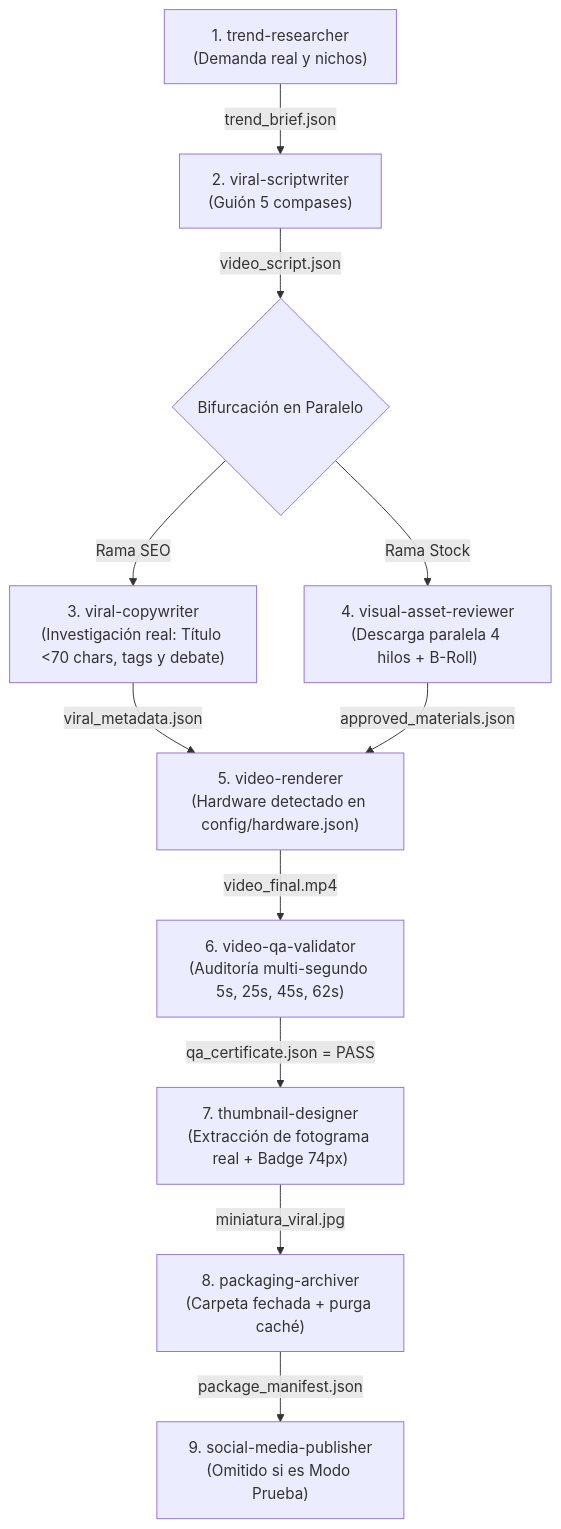
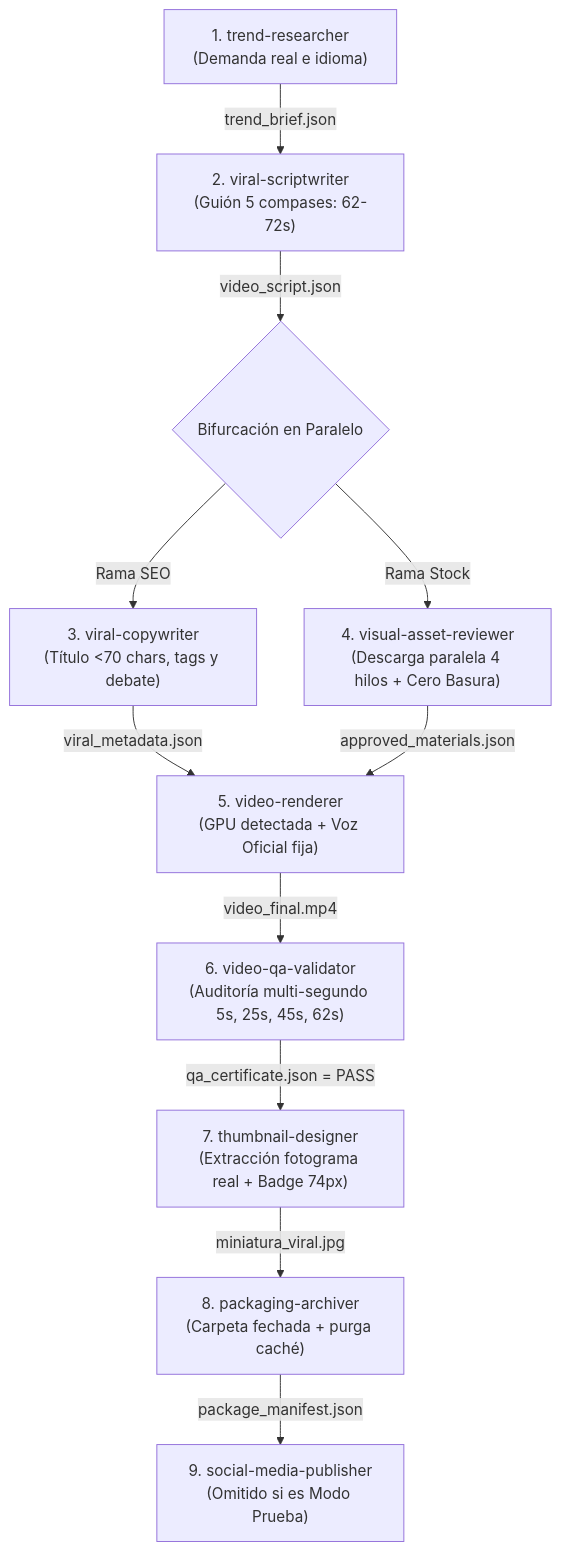
One commit to sephirods/VideoStudio-Facelessviral-CLI changed the diagram in AGENTS.md. Above: the diagram before and after it, drawn with Mermaid. The commit also changed other lines of this file and 22 other files, not shown here.

Commit message:
feat: universal 62-72s duration, language/voice catalog, multi-stock architecture, and complete knowledge graph

````diff
--- a/AGENTS.md
+++ b/AGENTS.md
@@ -78,13 +77,13 @@
 ```mermaid
 flowchart TD
-    A["1. trend-researcher<br/>(Demanda real y nichos)"] -->|trend_brief.json| B["2. viral-scriptwriter<br/>(Guión 5 compases)"]
+    A["1. trend-researcher<br/>(Demanda real e idioma)"] -->|trend_brief.json| B["2. viral-scriptwriter<br/>(Guión 5 compases: 62-72s)"]
     B -->|video_script.json| C{"Bifurcación en Paralelo"}
-    C -->|Rama SEO| D["3. viral-copywriter<br/>(Investigación real: Título <70 chars, tags y debate)"]
-    C -->|Rama Stock| E["4. visual-asset-reviewer<br/>(Descarga paralela 4 hilos + B-Roll)"]
-    D -->|viral_metadata.json| F["5. video-renderer<br/>(Hardware detectado en config/hardware.json)"]
+    C -->|Rama SEO| D["3. viral-copywriter<br/>(Título <70 chars, tags y debate)"]
+    C -->|Rama Stock| E["4. visual-asset-reviewer<br/>(Descarga paralela 4 hilos + Cero Basura)"]
+    D -->|viral_metadata.json| F["5. video-renderer<br/>(GPU detectada + Voz Oficial fija)"]
     E -->|approved_materials.json| F
     F -->|video_final.mp4| G["6. video-qa-validator<br/>(Auditoría multi-segundo 5s, 25s, 45s, 62s)"]
-    G -->|qa_certificate.json = PASS| H["7. thumbnail-designer<br/>(Extracción de fotograma real + Badge 74px)"]
+    G -->|qa_certificate.json = PASS| H["7. thumbnail-designer<br/>(Extracción fotograma real + Badge 74px)"]
     H -->|miniatura_viral.jpg| I["8. packaging-archiver<br/>(Carpeta fechada + purga caché)"]
     I -->|package_manifest.json| J["9. social-media-publisher<br/>(Omitido si es Modo Prueba)"]
 ```
````
